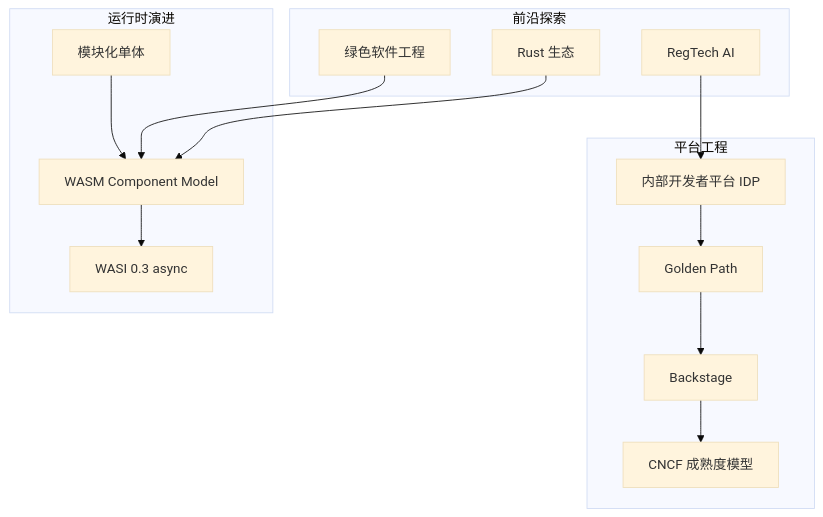
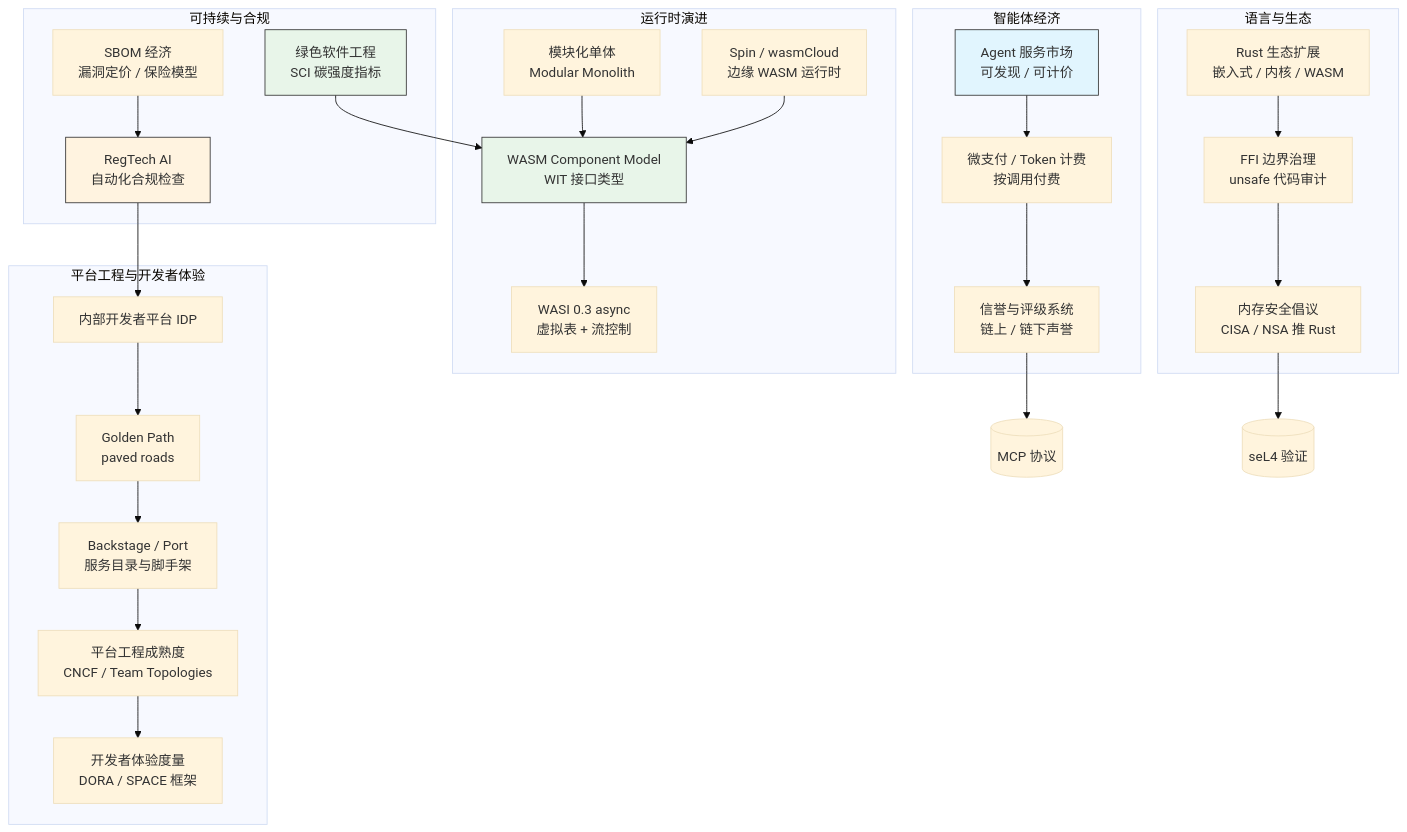
One commit to AdaMartin18010/Architecture changed the diagram in struct/99-reference/visualizations/13-emerging-trends.mmd. Above: the diagram before and after it, drawn with Mermaid (base theme). The commit also changed 45 other files, not shown here.

```diff
--- a/struct/99-reference/visualizations/13-emerging-trends.mmd
+++ b/struct/99-reference/visualizations/13-emerging-trends.mmd
@@ -1,28 +1,59 @@
+%% 版本: 2026-06-10 | 状态: B3 完成 | 主题: 13 前沿趋势
 flowchart TB
-    subgraph 平台工程
+    subgraph "平台工程与开发者体验"
         IDP["内部开发者平台 IDP"]
-        GP["Golden Path"]
-        BACK["Backstage"]
-        MAT["CNCF 成熟度模型"]
+        GP["Golden Path<br/> paved roads"]
+        BACK["Backstage / Port<br/>服务目录与脚手架"]
+        MAT["平台工程成熟度<br/>CNCF / Team Topologies"]
+        DX["开发者体验度量<br/>DORA / SPACE 框架"]
     end
 
-    subgraph 运行时演进
-        WASM["WASM Component Model"]
-        WASI_03["WASI 0.3 async"]
-        MODMON["模块化单体"]
+    subgraph "运行时演进"
+        WASM["WASM Component Model<br/>WIT 接口类型"]
+        WASI_03["WASI 0.3 async<br/>虚拟表 + 流控制"]
+        MODMON["模块化单体<br/>Modular Monolith"]
+        SPIN["Spin / wasmCloud<br/>边缘 WASM 运行时"]
     end
 
-    subgraph 前沿探索
-        REGTECH["RegTech AI"]
-        GREEN["绿色软件工程"]
-        RUST_ECO["Rust 生态"]
+    subgraph "智能体经济"
+        AGENT_ECO["Agent 服务市场<br/>可发现 / 可计价"]
+        PAY["微支付 / Token 计费<br/>按调用付费"]
+        REP["信誉与评级系统<br/>链上 / 链下声誉"]
+    end
+
+    subgraph "可持续与合规"
+        GREEN["绿色软件工程<br/>SCI 碳强度指标"]
+        REGTECH["RegTech AI<br/>自动化合规检查"]
+        SBOM_E["SBOM 经济<br/>漏洞定价 / 保险模型"]
+    end
+
+    subgraph "语言与生态"
+        RUST_ECO["Rust 生态扩展<br/>嵌入式 / 内核 / WASM"]
+        FFI["FFI 边界治理<br/>unsafe 代码审计"]
+        MEM["内存安全倡议<br/>CISA / NSA 推 Rust"]
     end
 
     IDP --> GP
     GP --> BACK
     BACK --> MAT
+    MAT --> DX
     WASM --> WASI_03
     MODMON --> WASM
+    SPIN --> WASM
+    AGENT_ECO --> PAY
+    PAY --> REP
+    REP --> MCP
+    GREEN --> WASM
     REGTECH --> IDP
-    GREEN --> WASM
-    RUST_ECO --> WASM
+    SBOM_E --> REGTECH
+    RUST_ECO --> FFI
+    FFI --> MEM
+    MEM --> SE_L4
+
+    MCP[("MCP 协议")]
+    SE_L4[("seL4 验证")]
+
+    style WASM fill:#e8f5e9,stroke:#333
+    style GREEN fill:#e8f5e9,stroke:#333
+    style AGENT_ECO fill:#e1f5fe,stroke:#333
+    style REGTECH fill:#fff3e0,stroke:#333
```
